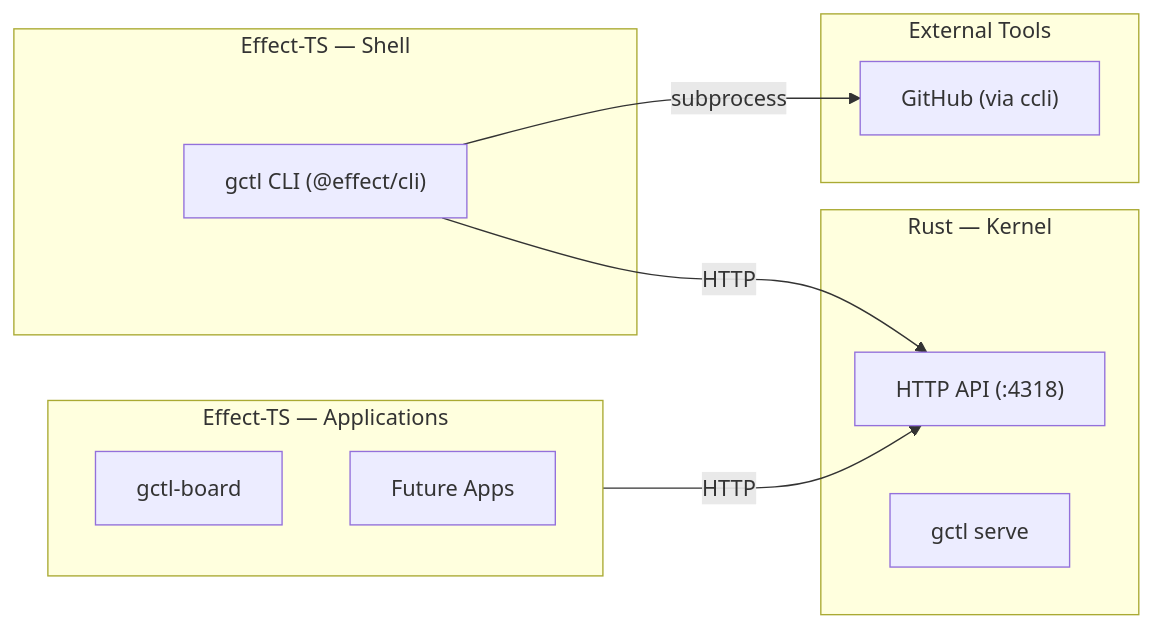
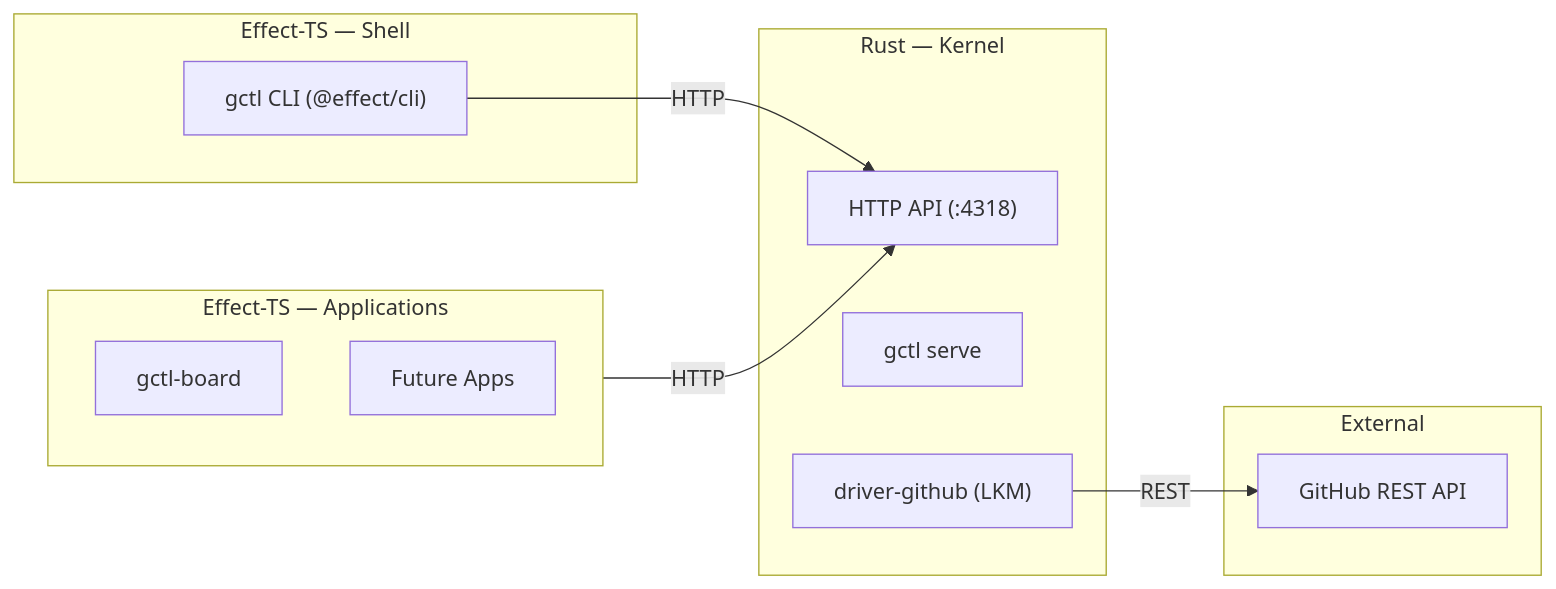
Before and after one commit to OpenHackersClub/gctrl: the diagram in specs/implementation/apps/components.md, drawn with Mermaid. The commit also changed other lines of this file and 5 other files, not shown here.

First line of the commit message:
docs: model GitHub as kernel driver — shell never calls external APIs directly

````diff
--- a/specs/implementation/apps/components.md
+++ b/specs/implementation/apps/components.md
@@ -13,24 +13,25 @@
 ```mermaid
 graph LR
     subgraph Apps["Effect-TS — Applications"]
         Board["gctl-board"]
         FutureApps["Future Apps"]
     end
 
     subgraph Shell["Effect-TS — Shell"]
         CLI["gctl CLI (@effect/cli)"]
     end
 
     subgraph Kernel["Rust — Kernel"]
         API["HTTP API (:4318)"]
         Daemon["gctl serve"]
+        DrvGH["driver-github (LKM)"]
     end
 
-    subgraph External["External Tools"]
-        GitHub["GitHub (via ccli)"]
+    subgraph External["External"]
+        GitHub["GitHub REST API"]
     end
 
     Apps -->|"HTTP"| API
     CLI -->|"HTTP"| API
-    CLI -->|"subprocess"| GitHub
+    DrvGH -->|"REST"| GitHub
 ```
````
